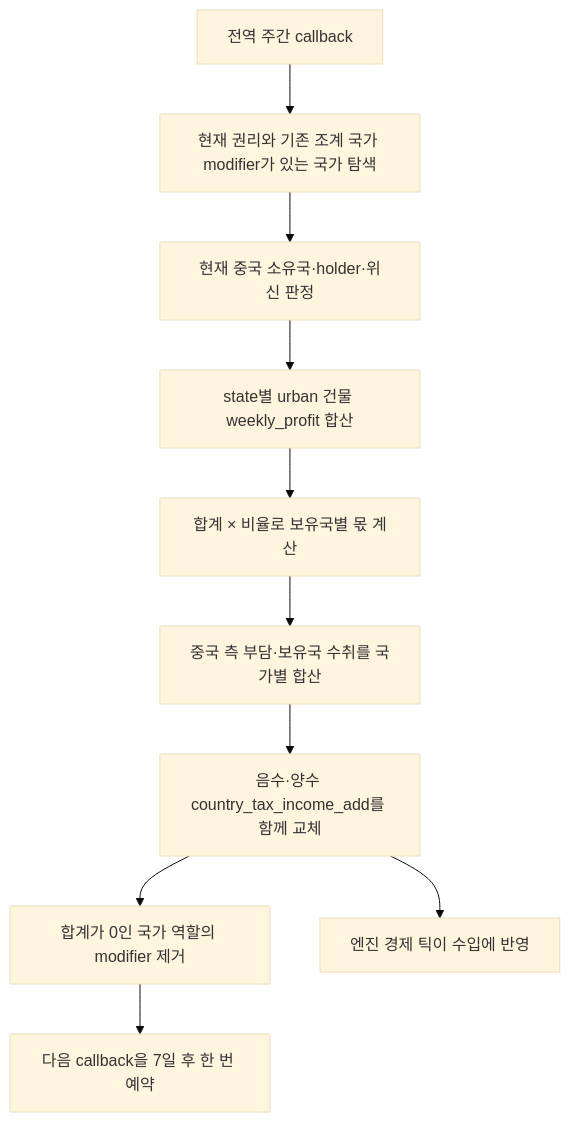
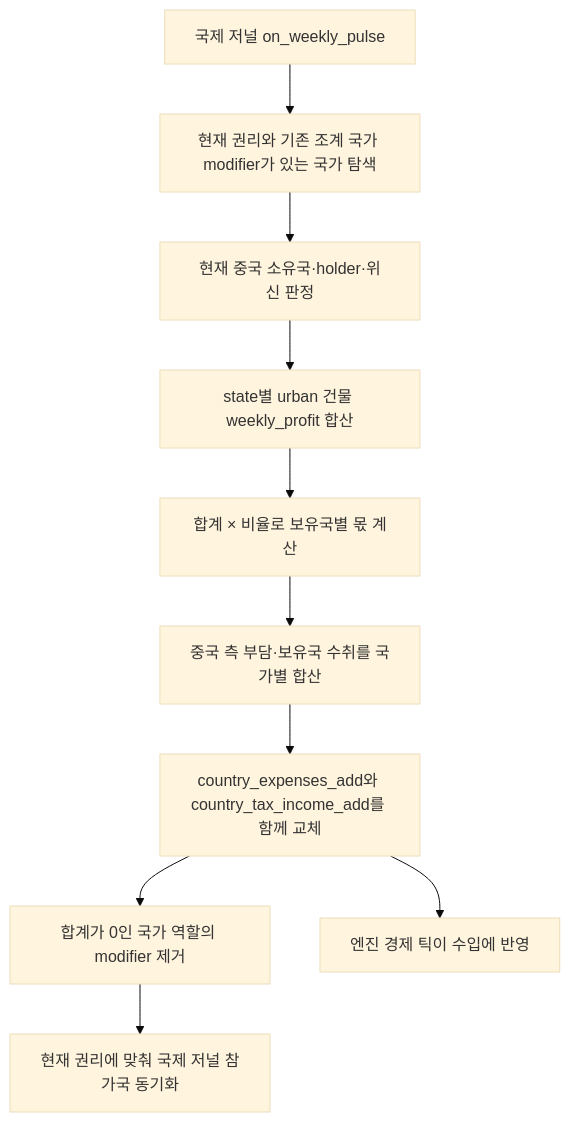
The third of 4 diagrams in documentation/china_concessions_design_plan.md (East-Asia-Flavor-Pack/East-Asia-Flavor-Pack), drawn with Mermaid (base theme) before and after one commit. The commit also changed other lines of this file and 15 other files, not shown here.

````diff
--- a/documentation/china_concessions_design_plan.md
+++ b/documentation/china_concessions_design_plan.md
@@ -388,12 +387,12 @@
 ```mermaid
 flowchart TD
-    A["전역 주간 callback"] --> B["현재 권리와 기존 조계 국가 modifier가 있는 국가 탐색"]
+    A["국제 저널 on_weekly_pulse"] --> B["현재 권리와 기존 조계 국가 modifier가 있는 국가 탐색"]
     B --> C["현재 중국 소유국·holder·위신 판정"]
     C --> D["state별 urban 건물 weekly_profit 합산"]
     D --> E["합계 × 비율로 보유국별 몫 계산"]
     E --> F["중국 측 부담·보유국 수취를 국가별 합산"]
-    F --> G["음수·양수 country_tax_income_add를 함께 교체"]
+    F --> G["country_expenses_add와 country_tax_income_add를 함께 교체"]
     G --> H["합계가 0인 국가 역할의 modifier 제거"]
-    H --> I["다음 callback을 7일 후 한 번 예약"]
+    H --> I["현재 권리에 맞춰 국제 저널 참가국 동기화"]
     G --> J["엔진 경제 틱이 수입에 반영"]
 ```
````
